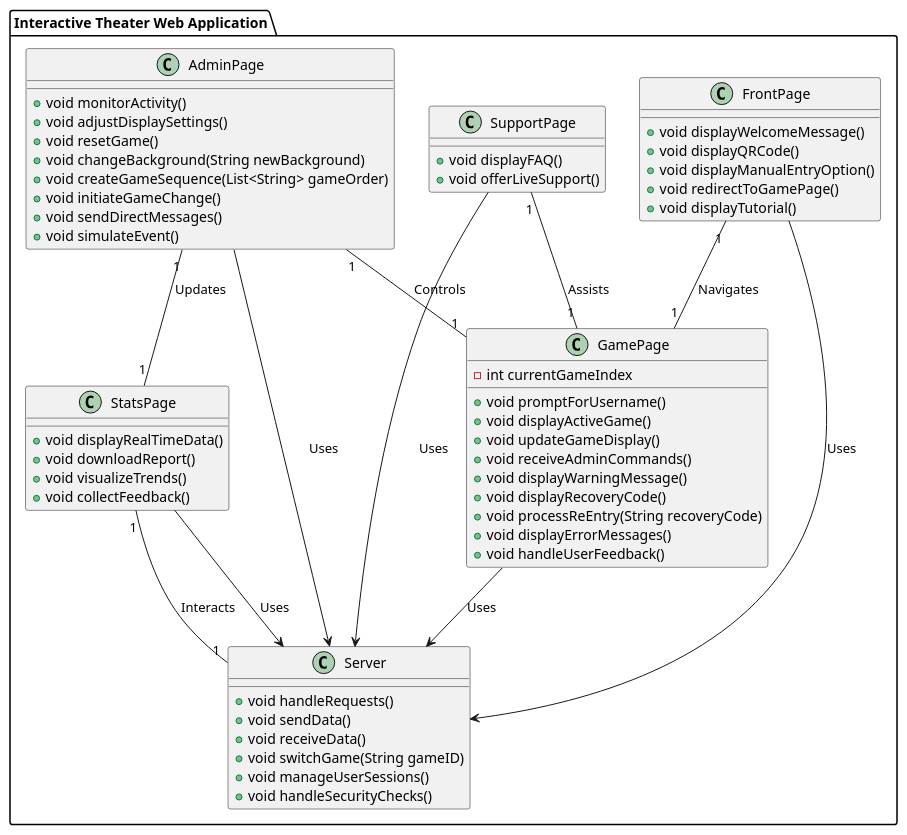
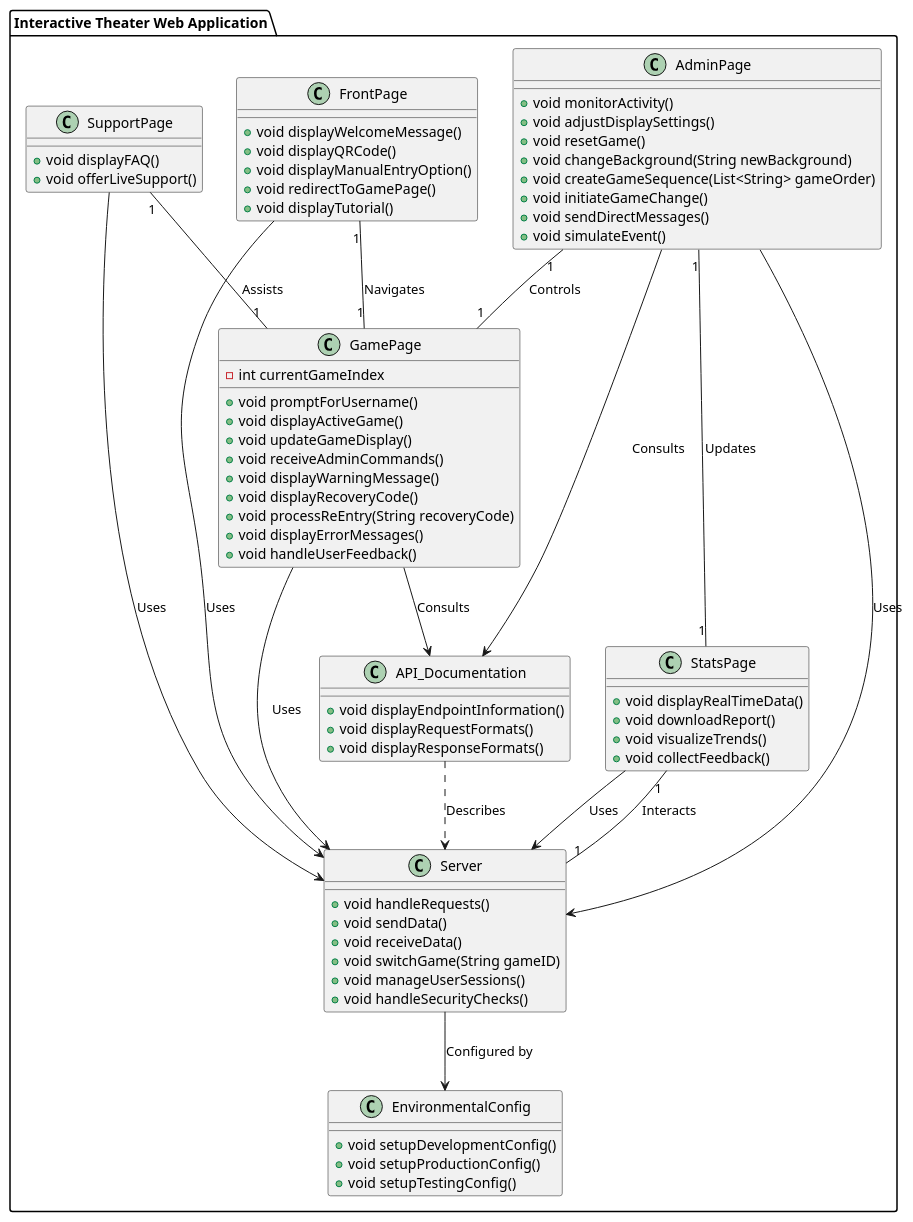
One commit to jedcodes/Project-Loading changed the diagram in LoadingUML.wsd. Above: the diagram before and after it, drawn with PlantUML. The commit also changed 41 other files, not shown here.

```diff
--- a/LoadingUML.wsd
+++ b/LoadingUML.wsd
@@ -1,72 +1,87 @@
 @startuml
 
 package "Interactive Theater Web Application" {
 
     class FrontPage {
         +void displayWelcomeMessage()
         +void displayQRCode()
         +void displayManualEntryOption()
         +void redirectToGamePage()
         +void displayTutorial()
     }
 
     class GamePage {
         -int currentGameIndex
         +void promptForUsername()
         +void displayActiveGame()
         +void updateGameDisplay()
         +void receiveAdminCommands()
         +void displayWarningMessage()
         +void displayRecoveryCode()
         +void processReEntry(String recoveryCode)
         +void displayErrorMessages()
         +void handleUserFeedback()
     }
 
     class AdminPage {
         +void monitorActivity()
         +void adjustDisplaySettings()
         +void resetGame()
         +void changeBackground(String newBackground)
         +void createGameSequence(List<String> gameOrder)
         +void initiateGameChange()
         +void sendDirectMessages()
         +void simulateEvent()
     }
 
     class StatsPage {
         +void displayRealTimeData()
         +void downloadReport()
         +void visualizeTrends()
         +void collectFeedback()
     }
 
     class SupportPage {
         +void displayFAQ()
         +void offerLiveSupport()
     }
 
     class Server {
         +void handleRequests()
         +void sendData()
         +void receiveData()
         +void switchGame(String gameID)
         +void manageUserSessions()
         +void handleSecurityChecks()
     }
 
+    class API_Documentation {
+        +void displayEndpointInformation()
+        +void displayRequestFormats()
+        +void displayResponseFormats()
+    }
+
+    class EnvironmentalConfig {
+        +void setupDevelopmentConfig()
+        +void setupProductionConfig()
+        +void setupTestingConfig()
+    }
+
     FrontPage --> Server : Uses
     GamePage --> Server : Uses
     AdminPage --> Server : Uses
     StatsPage --> Server : Uses
     SupportPage --> Server : Uses
-
     FrontPage "1" -- "1" GamePage : Navigates
     AdminPage "1" -- "1" GamePage : Controls
     AdminPage "1" -- "1" StatsPage : Updates
     StatsPage "1" -- "1" Server : Interacts
     SupportPage "1" -- "1" GamePage : Assists
+    GamePage --> API_Documentation : Consults
+    AdminPage --> API_Documentation : Consults
+    API_Documentation ..> Server : Describes
+    Server --> EnvironmentalConfig : Configured by
 
 }
 
 @enduml
```
